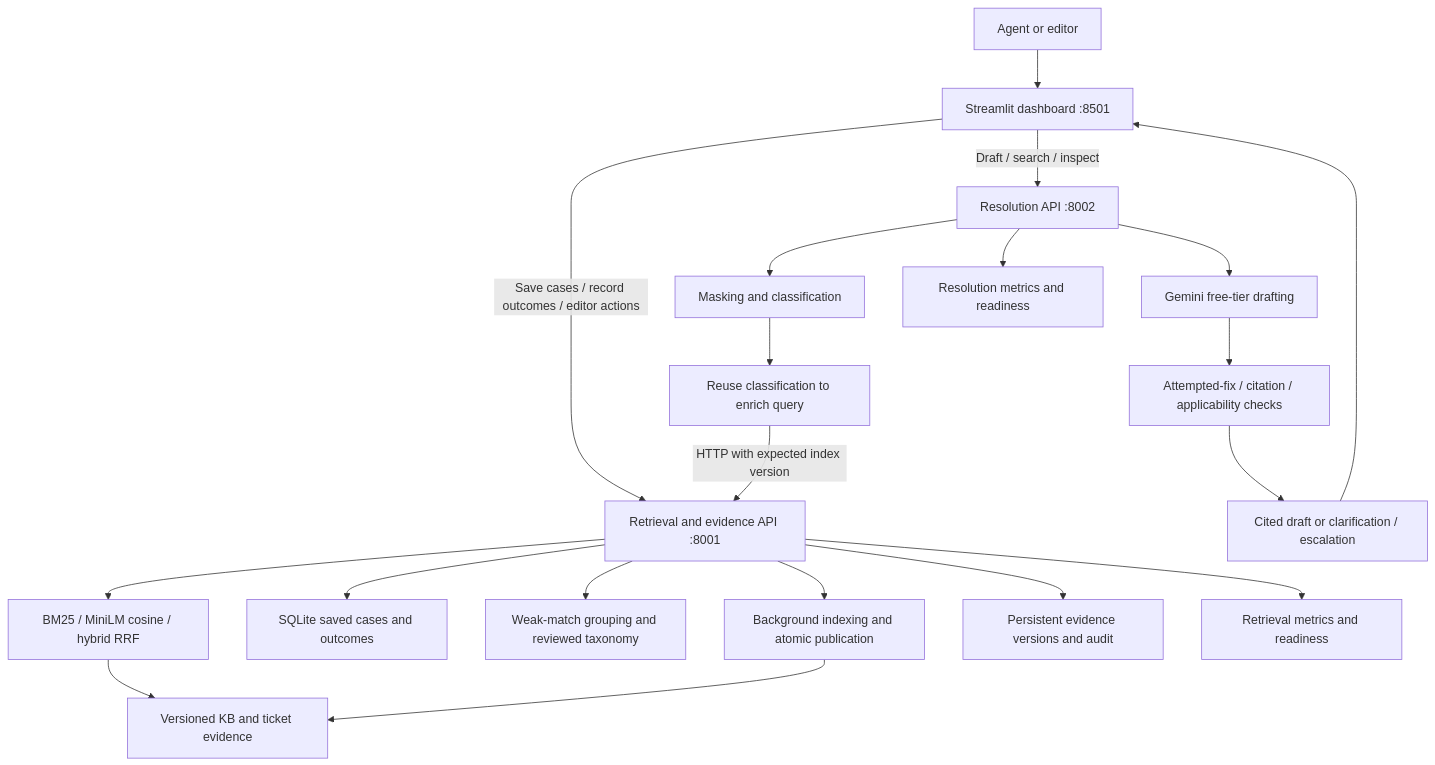
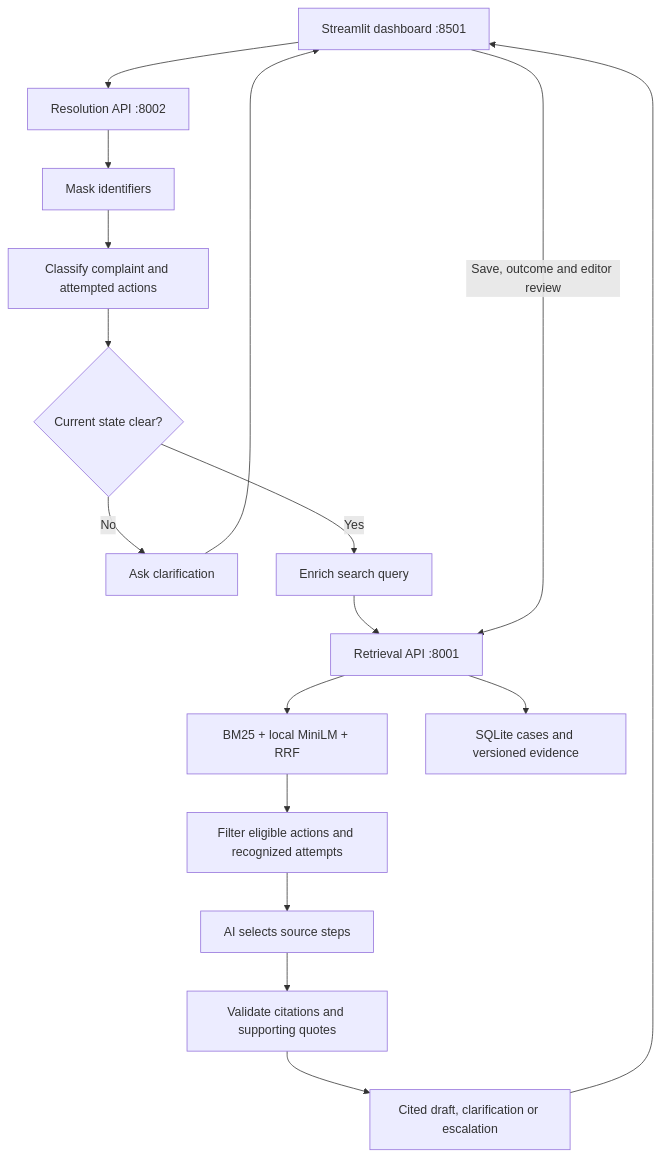
One commit to TejaswiniG06/TeleAssist-prodapt changed the first of 2 diagrams in docs/architecture.md. Above: the diagram before and after it, drawn with Mermaid. The commit also changed other lines of this file and 22 other files, not shown here.

````diff
--- a/docs/architecture.md
+++ b/docs/architecture.md
@@ -5,22 +7,19 @@
 ```mermaid
 flowchart TD
-    User[Agent or editor] --> UI[Streamlit dashboard :8501]
-    UI -->|Draft / search / inspect| Resolution[Resolution API :8002]
-    UI -->|Save cases / record outcomes / editor actions| Retrieval[Retrieval and evidence API :8001]
-    Resolution --> Mask[Masking and classification]
-    Mask --> Enrich[Reuse classification to enrich query]
-    Enrich -->|HTTP with expected index version| Retrieval
-    Retrieval --> Search[BM25 / MiniLM cosine / hybrid RRF]
-    Search --> Evidence[Versioned KB and ticket evidence]
-    Retrieval --> Cases[SQLite saved cases and outcomes]
-    Retrieval --> Topics[Weak-match grouping and reviewed taxonomy]
-    Retrieval --> Ingest[Background indexing and atomic publication]
-    Ingest --> Evidence
-    Resolution --> Provider[Gemini free-tier drafting]
-    Provider --> Checks[Attempted-fix / citation / applicability checks]
-    Checks --> Result[Cited draft or clarification / escalation]
-    Result --> UI
-    Retrieval --> History[Persistent evidence versions and audit]
-    Resolution --> RM[Resolution metrics and readiness]
-    Retrieval --> EM[Retrieval metrics and readiness]
+    UI["Streamlit dashboard :8501"] --> R["Resolution API :8002"]
+    R --> M["Mask identifiers"]
+    M --> C["Classify complaint and attempted actions"]
+    C --> K{"Current state clear?"}
+    K -->|No| Q["Ask clarification"]
+    Q --> UI
+    K -->|Yes| E["Enrich search query"]
+    E --> T["Retrieval API :8001"]
+    T --> S["BM25 + local MiniLM + RRF"]
+    S --> F["Filter eligible actions and recognized attempts"]
+    F --> P["AI selects source steps"]
+    P --> V["Validate citations and supporting quotes"]
+    V --> O["Cited draft, clarification or escalation"]
+    O --> UI
+    UI -->|Save, outcome and editor review| T
+    T --> DB["SQLite cases and versioned evidence"]
 ```
````
